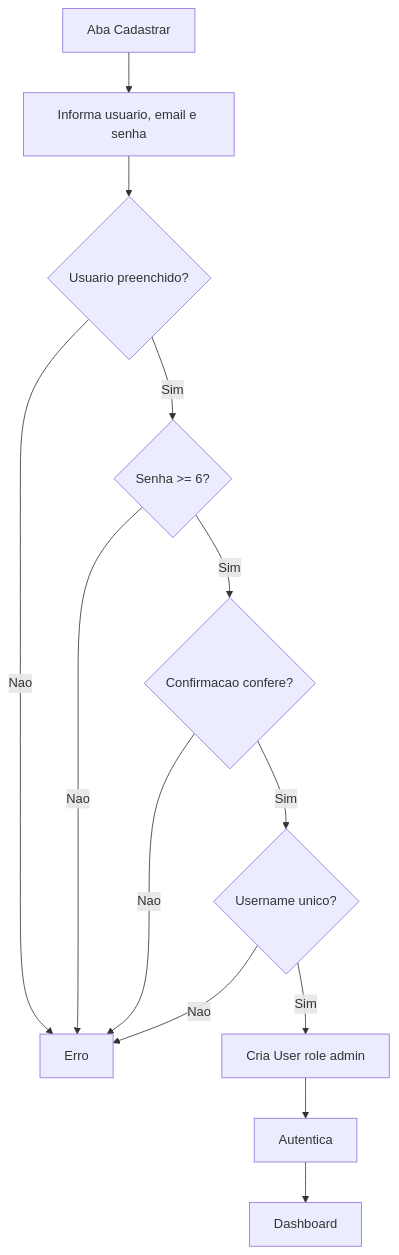
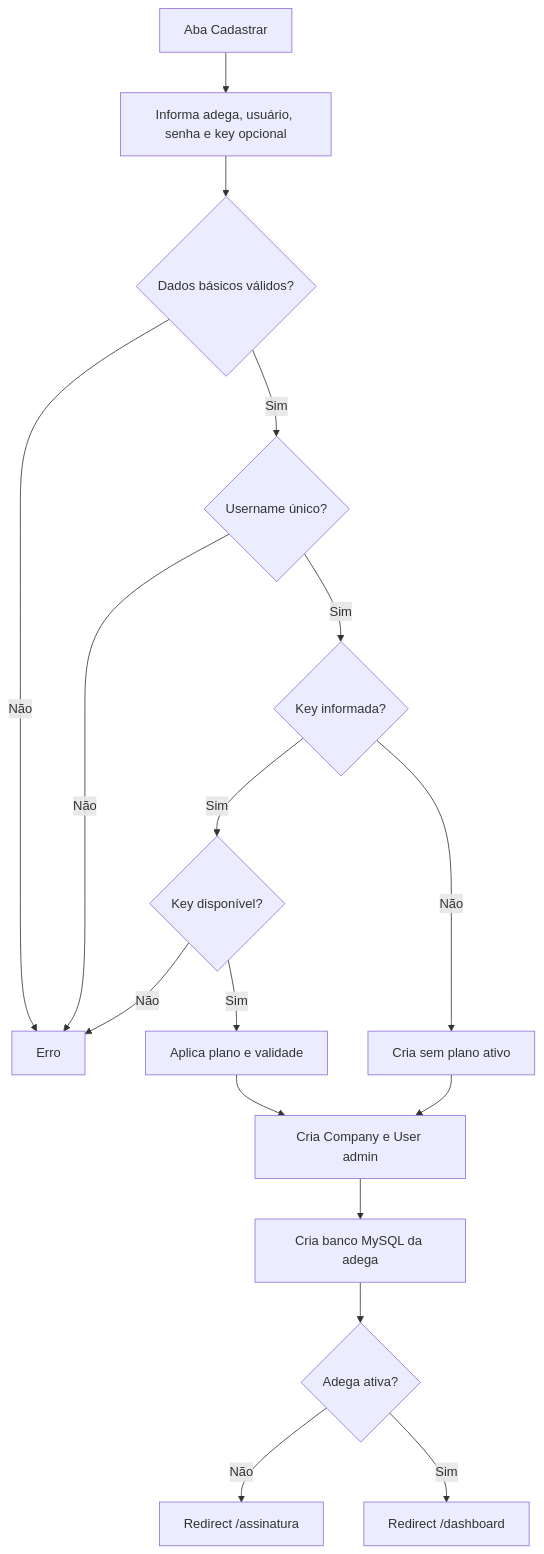
Before and after one commit to RafaelBG7/pdv2026: the third of 7 diagrams in docs/06-fluxo-sistema.md, drawn with Mermaid. The commit also changed other lines of this file and 82 other files, not shown here.

````diff
--- a/docs/06-fluxo-sistema.md
+++ b/docs/06-fluxo-sistema.md
@@ -40,15 +45,19 @@
 ```mermaid
 flowchart TD
-    A["Aba Cadastrar"] --> B["Informa usuario, email e senha"]
-    B --> C{"Usuario preenchido?"}
-    C -- "Nao" --> X["Erro"]
-    C -- "Sim" --> D{"Senha >= 6?"}
-    D -- "Nao" --> X
-    D -- "Sim" --> E{"Confirmacao confere?"}
-    E -- "Nao" --> X
-    E -- "Sim" --> F{"Username unico?"}
-    F -- "Nao" --> X
-    F -- "Sim" --> G["Cria User role admin"]
-    G --> H["Autentica"]
-    H --> I["Dashboard"]
+    A["Aba Cadastrar"] --> B["Informa adega, usuário, senha e key opcional"]
+    B --> C{"Dados básicos válidos?"}
+    C -- "Não" --> X["Erro"]
+    C -- "Sim" --> D{"Username único?"}
+    D -- "Não" --> X
+    D -- "Sim" --> E{"Key informada?"}
+    E -- "Sim" --> F{"Key disponível?"}
+    F -- "Não" --> X
+    F -- "Sim" --> G["Aplica plano e validade"]
+    E -- "Não" --> H["Cria sem plano ativo"]
+    G --> I["Cria Company e User admin"]
+    H --> I
+    I --> J["Cria banco MySQL da adega"]
+    J --> K{"Adega ativa?"}
+    K -- "Não" --> L["Redirect /assinatura"]
+    K -- "Sim" --> M["Redirect /dashboard"]
 ```
````
